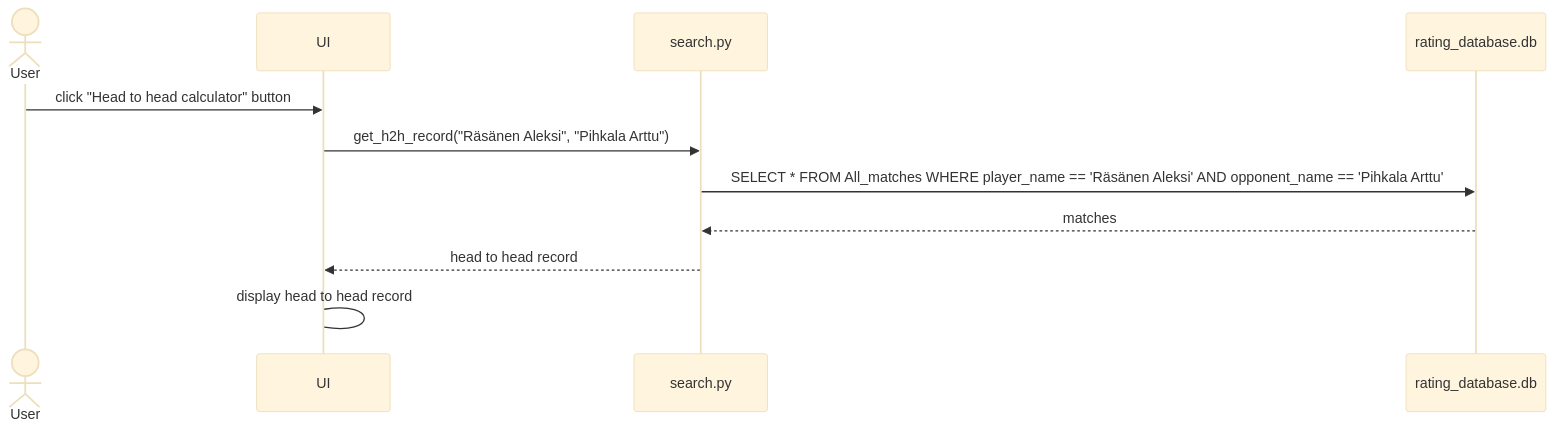
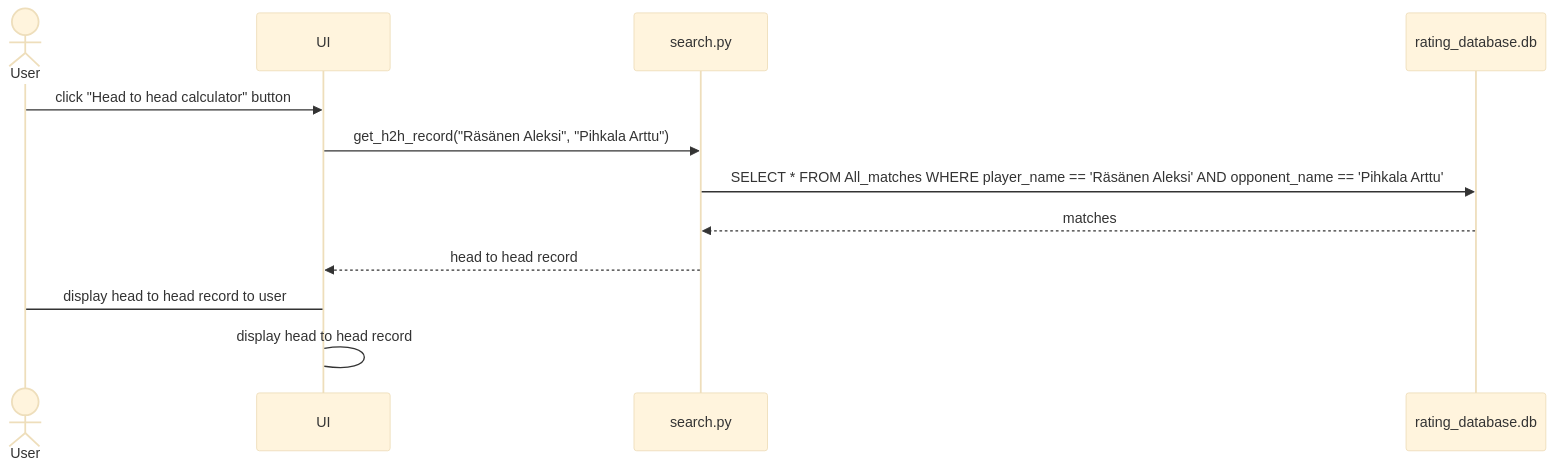
One commit to OttoSFelix/ot-harjoitustyo changed the third of 4 diagrams in harjoitustyo/dokumentaatio/arkkitehtuuri.md. Above: the diagram before and after it, drawn with Mermaid (base theme). The commit also changed other lines of this file, not shown here.

````diff
--- a/harjoitustyo/dokumentaatio/arkkitehtuuri.md
+++ b/harjoitustyo/dokumentaatio/arkkitehtuuri.md
@@ -104,13 +104,14 @@
 ```mermaid
 sequenceDiagram
   actor User
   participant UI
   participant search.py
   participant rating_database.db
   User->>UI: click "Head to head calculator" button
   UI->>search.py: get_h2h_record("Räsänen Aleksi", "Pihkala Arttu")
   search.py->>rating_database.db: SELECT * FROM All_matches WHERE player_name == 'Räsänen Aleksi' AND opponent_name == 'Pihkala Arttu';
   rating_database.db-->>search.py: matches
   search.py-->>UI: head to head record
+  UI->User: display head to head record to user
   UI->UI: display head to head record
 ```
````
